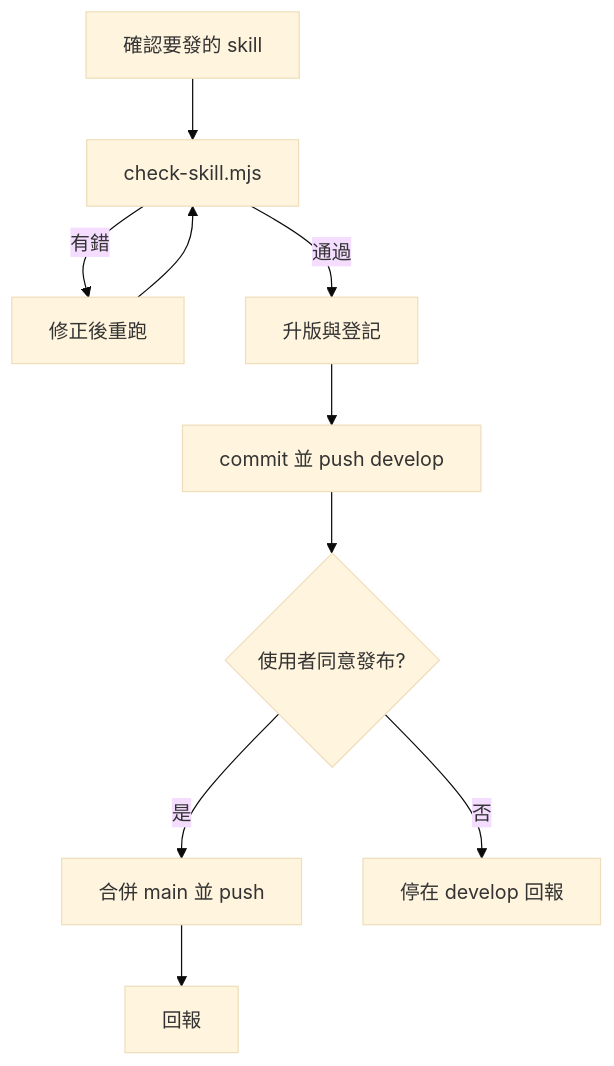
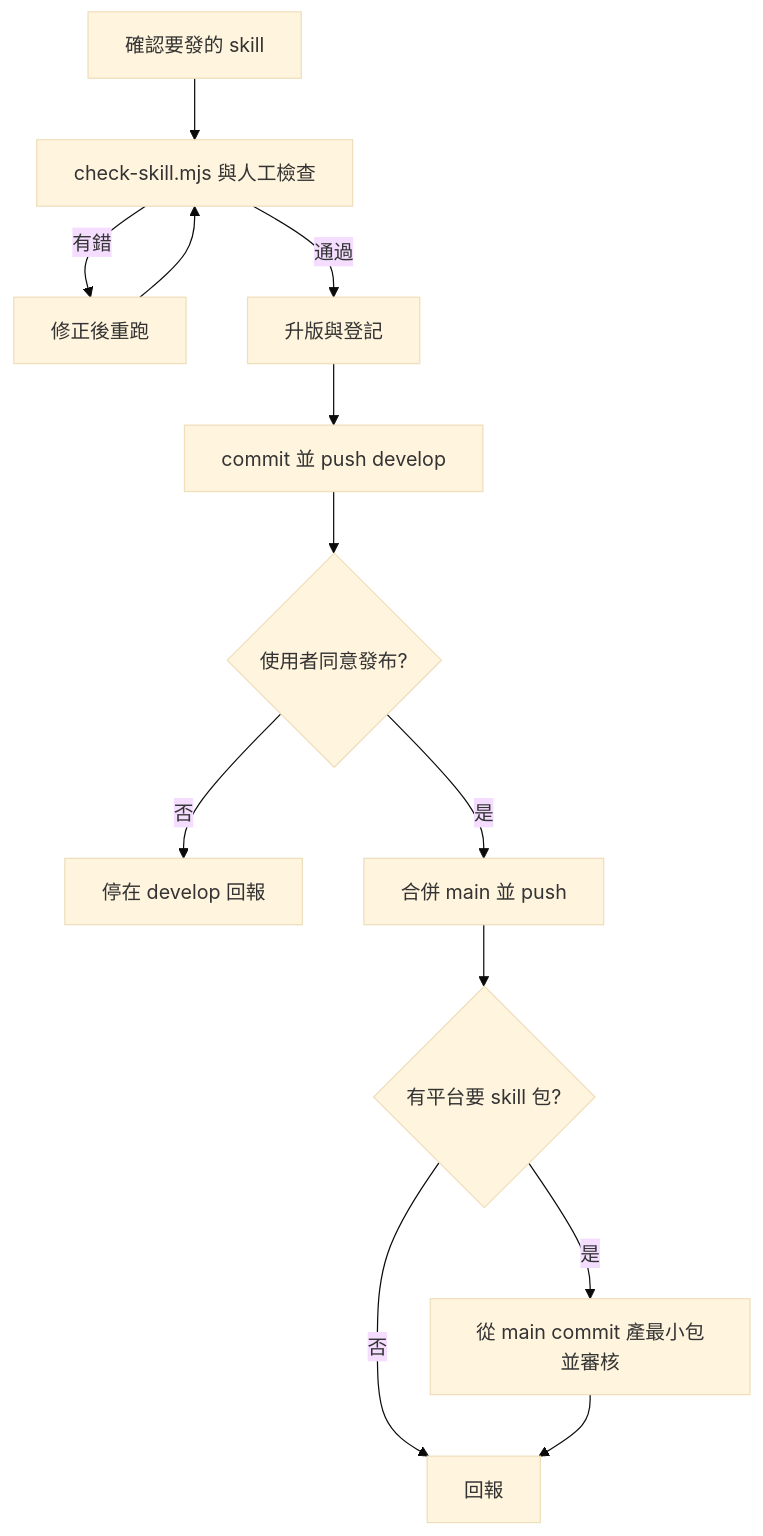
One commit to VECTOR-COOL/my-agent-toolkit changed the diagram in .agents/skills/my-skill-release/SKILL.md. Above: the diagram before and after it, drawn with Mermaid (base theme). The commit also changed other lines of this file and 9 other files, not shown here.

````diff
--- a/.agents/skills/my-skill-release/SKILL.md
+++ b/.agents/skills/my-skill-release/SKILL.md
@@ -12,12 +12,15 @@
 ```mermaid
 graph TD
-  A[確認要發的 skill] --> B[check-skill.mjs]
+  A[確認要發的 skill] --> B[check-skill.mjs 與人工檢查]
   B -->|有錯| X[修正後重跑]
   X --> B
   B -->|通過| C[升版與登記]
   C --> D[commit 並 push develop]
   D --> E{使用者同意發布?}
+  E -->|否| R[停在 develop 回報]
   E -->|是| F[合併 main 並 push]
-  E -->|否| R[停在 develop 回報]
-  F --> R2[回報]
+  F --> G{有平台要 skill 包?}
+  G -->|是| H[從 main commit 產最小包並審核]
+  G -->|否| R2[回報]
+  H --> R2
 ```
````
